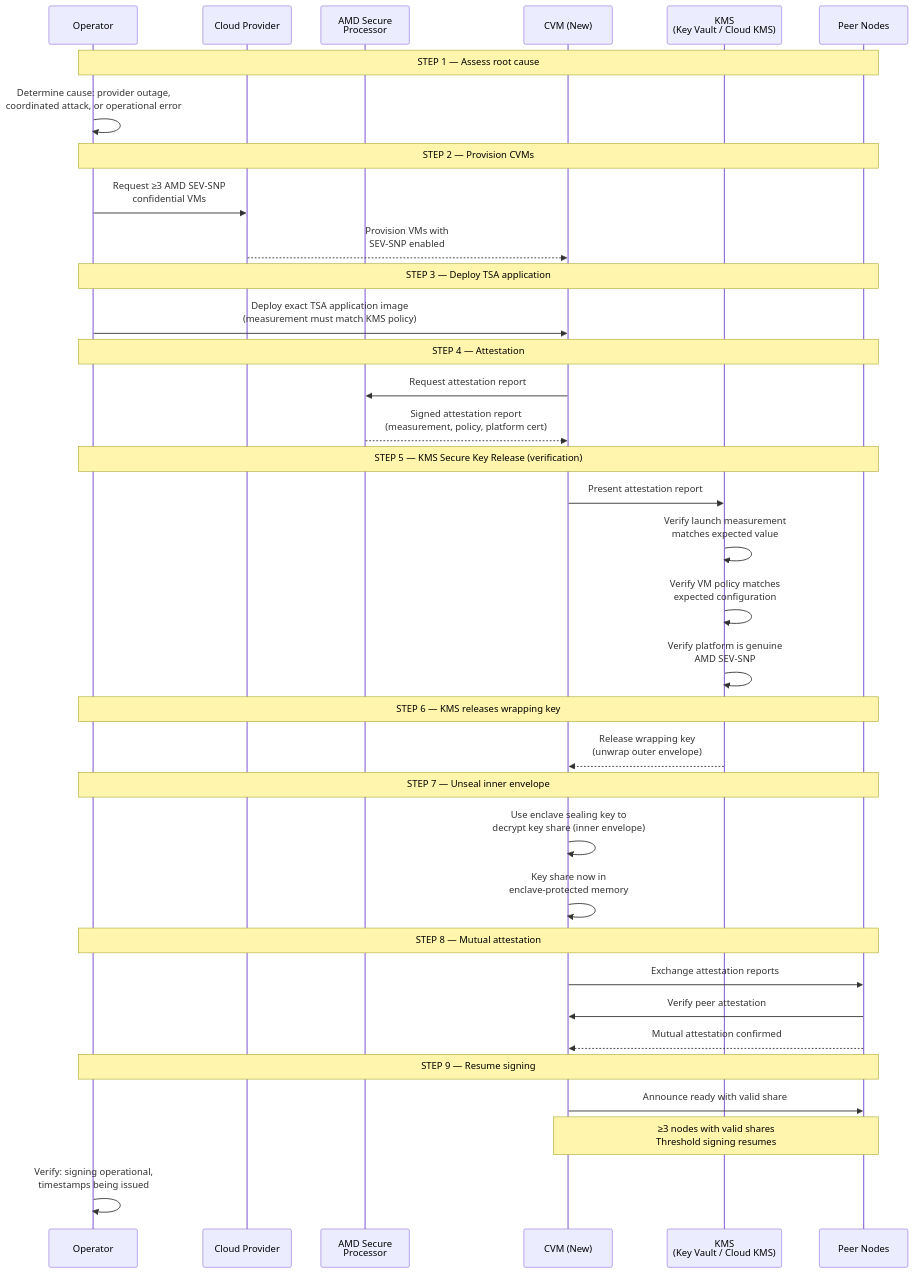
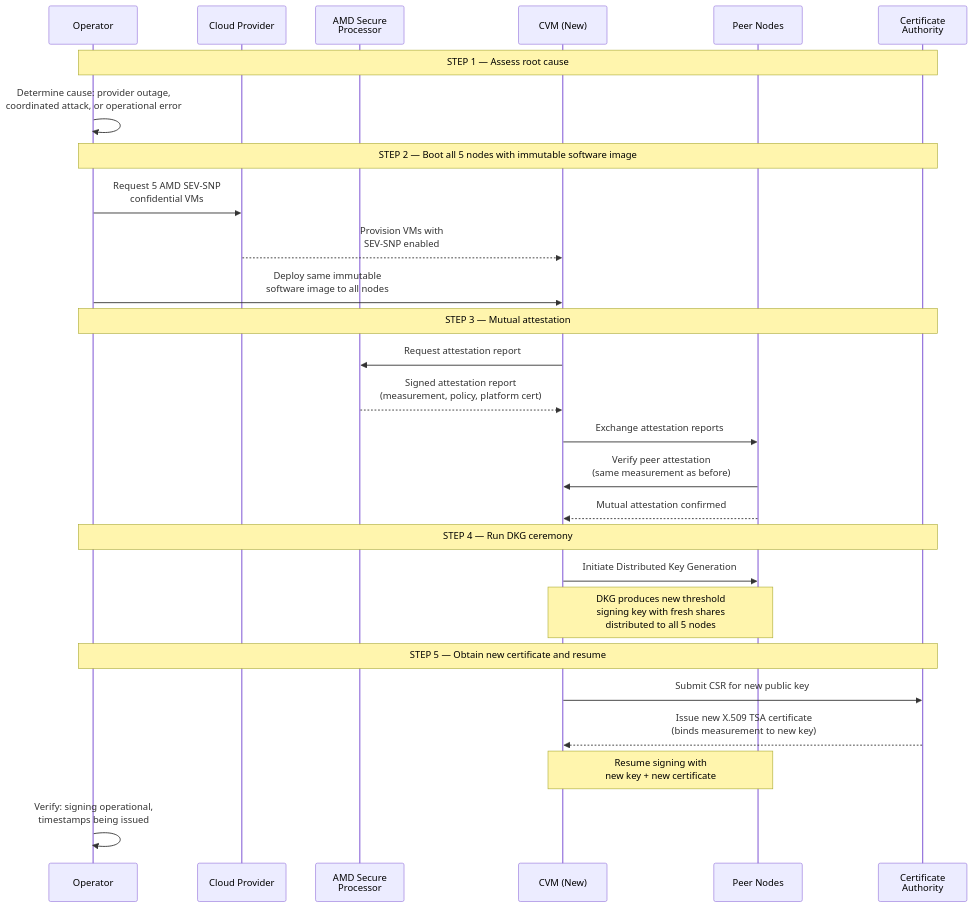
The third of 7 diagrams in docs/04-failure-modes-and-recovery.md (NickBorgers/confidential-computing-tsa), drawn with Mermaid before and after one commit. The commit also changed other lines of this file and 1 other file, not shown here.

First line of the commit message:
Adopt immutable software + ephemeral key model (Phase 3)

````diff
--- a/docs/04-failure-modes-and-recovery.md
+++ b/docs/04-failure-modes-and-recovery.md
@@ -232,47 +225,35 @@
 ```mermaid
 sequenceDiagram
     participant Op as Operator
     participant CP as Cloud Provider
     participant AMD as AMD Secure<br/>Processor
     participant CVM as CVM (New)
-    participant KMS as KMS<br/>(Key Vault / Cloud KMS)
     participant Peers as Peer Nodes
+    participant CA as Certificate<br/>Authority
 
-    Note over Op,Peers: STEP 1 — Assess root cause
+    Note over Op,CA: STEP 1 — Assess root cause
     Op->>Op: Determine cause: provider outage,<br/>coordinated attack, or operational error
 
-    Note over Op,Peers: STEP 2 — Provision CVMs
-    Op->>CP: Request ≥3 AMD SEV-SNP<br/>confidential VMs
+    Note over Op,CA: STEP 2 — Boot all 5 nodes with immutable software image
+    Op->>CP: Request 5 AMD SEV-SNP<br/>confidential VMs
     CP-->>CVM: Provision VMs with<br/>SEV-SNP enabled
+    Op->>CVM: Deploy same immutable<br/>software image to all nodes
 
-    Note over Op,Peers: STEP 3 — Deploy TSA application
-    Op->>CVM: Deploy exact TSA application image<br/>(measurement must match KMS policy)
-
-    Note over Op,Peers: STEP 4 — Attestation
+    Note over Op,CA: STEP 3 — Mutual attestation
     CVM->>AMD: Request attestation report
     AMD-->>CVM: Signed attestation report<br/>(measurement, policy, platform cert)
-
-    Note over Op,Peers: STEP 5 — KMS Secure Key Release (verification)
-    CVM->>KMS: Present attestation report
-    KMS->>KMS: Verify launch measurement<br/>matches expected value
-    KMS->>KMS: Verify VM policy matches<br/>expected configuration
-    KMS->>KMS: Verify platform is genuine<br/>AMD SEV-SNP
-
-    Note over Op,Peers: STEP 6 — KMS releases wrapping key
-    KMS-->>CVM: Release wrapping key<br/>(unwrap outer envelope)
-
-    Note over Op,Peers: STEP 7 — Unseal inner envelope
-    CVM->>CVM: Use enclave sealing key to<br/>decrypt key share (inner envelope)
-    CVM->>CVM: Key share now in<br/>enclave-protected memory
-
-    Note over Op,Peers: STEP 8 — Mutual attestation
     CVM->>Peers: Exchange attestation reports
-    Peers->>CVM: Verify peer attestation
+    Peers->>CVM: Verify peer attestation<br/>(same measurement as before)
     Peers-->>CVM: Mutual attestation confirmed
 
-    Note over Op,Peers: STEP 9 — Resume signing
-    CVM->>Peers: Announce ready with valid share
-    Note over CVM,Peers: ≥3 nodes with valid shares<br/>Threshold signing resumes
+    Note over Op,CA: STEP 4 — Run DKG ceremony
+    CVM->>Peers: Initiate Distributed Key Generation
+    Note over CVM,Peers: DKG produces new threshold<br/>signing key with fresh shares<br/>distributed to all 5 nodes
+
+    Note over Op,CA: STEP 5 — Obtain new certificate and resume
+    CVM->>CA: Submit CSR for new public key
+    CA-->>CVM: Issue new X.509 TSA certificate<br/>(binds measurement to new key)
+    Note over CVM,Peers: Resume signing with<br/>new key + new certificate
 
     Op->>Op: Verify: signing operational,<br/>timestamps being issued
 ```
````
